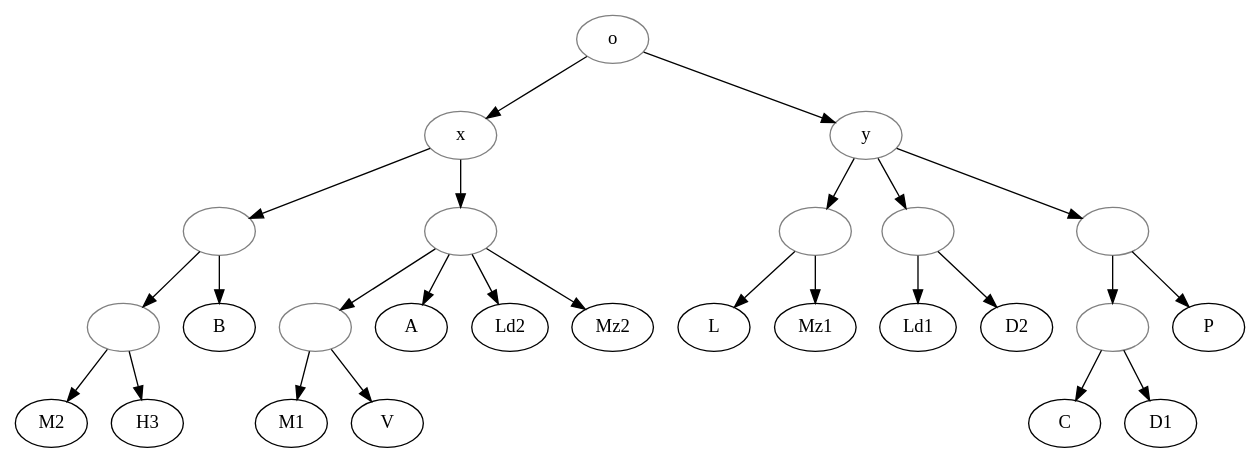
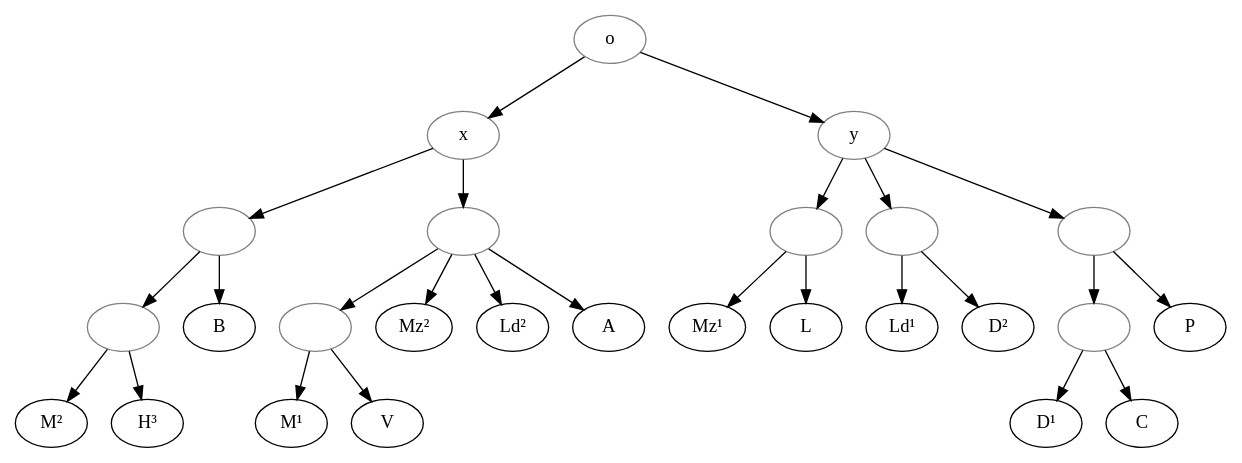
The diagram in data/fro/Korte_1914_RenMont6/stemma.gv (OpenStemmata/database), drawn with Graphviz before and after one commit. The commit also changed 11 other files, not shown here.

```diff
--- a/data/fro/Korte_1914_RenMont6/stemma.gv
+++ b/data/fro/Korte_1914_RenMont6/stemma.gv
@@ -1,41 +1,51 @@
 digraph {
 
     o[color="grey"];
     x[color="grey"];
     y[color="grey"];
     1[color="grey", label=""];
     2[color="grey", label=""];
     3[color="grey", label=""];
     4[color="grey", label=""];
     5[color="grey", label=""];
     6[color="grey", label=""];
     7[color="grey", label=""];
     8[color="grey", label=""];
+
+    M1[label="M¹"];    
+    Mz1[label="Mz¹"];
+    Mz2[label="Mz²"];
+    Ld1[label="Ld¹"];
+    Ld2[label="Ld²"];
+    D1[label="D¹"];
+    D2[label="D²"];
+    M2[label="M²"];
+    H3[label="H³"];
 
     o->y;
     y->1;
     1->L;
     1->Mz1;
     y->2;
     2->Ld1;
     2->D2;
     y->3;
     3->P;
     3->4;
     4->C;
     4->D1;
     o->x;
     x->5;
     5->B;
     5->6;
     6->M2;
     6->H3;
     x->7;
     7->A;
     7->Ld2;
     7->8;
     8->M1;
     8->V;
     7->Mz2;
     
 }
```
